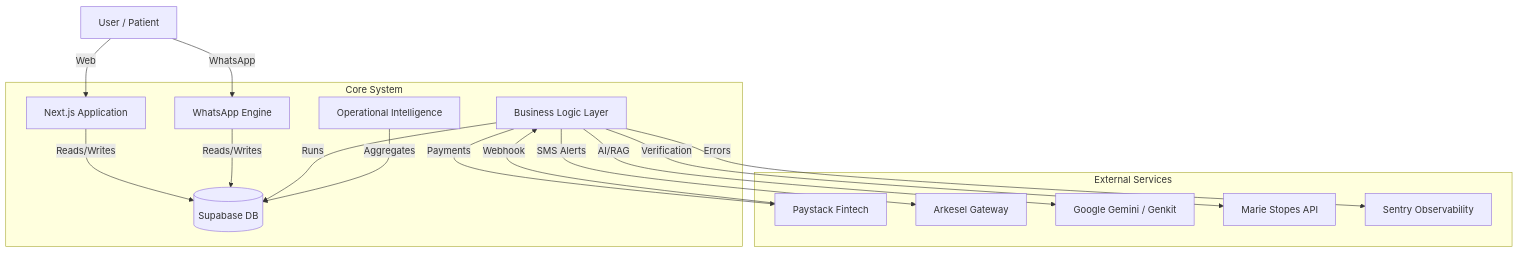
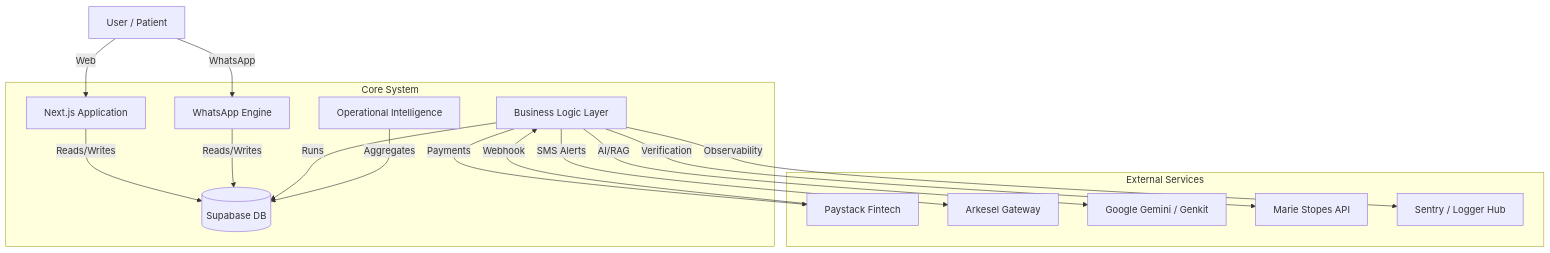
One commit to naeemAbdul-Aziz/discreetkit changed the first of 2 diagrams in docs/investor-reports/02-system-architecture.md. Above: the diagram before and after it, drawn with Mermaid. The commit also changed other lines of this file and 8 other files, not shown here.

````diff
--- a/docs/investor-reports/02-system-architecture.md
+++ b/docs/investor-reports/02-system-architecture.md
@@ -94,22 +103,22 @@
 ```mermaid
 graph TD
     User[User / Patient] -->|Web| App[Next.js Application]
     User -->|WhatsApp| WA[WhatsApp Engine]
   
     subgraph Core System
     App -->|Reads/Writes| DB[(Supabase DB)]
     WA -->|Reads/Writes| DB
     Logic[Business Logic Layer] -->|Runs| DB
     IntelLayer[Operational Intelligence] -->|Aggregates| DB
     end
   
     subgraph External Services
     Logic -->|Payments| Paystack[Paystack Fintech]
     Logic -->|SMS Alerts| Arkesel[Arkesel Gateway]
     Logic -->|AI/RAG| Genkit[Google Gemini / Genkit]
     Logic -->|Verification| MS[Marie Stopes API]
-    Logic -->|Errors| Sentry[Sentry Observability]
+    Logic -->|Observability| Sentry[Sentry / Logger Hub]
     end
   
     Paystack -->|Webhook| Logic
 ```
````
